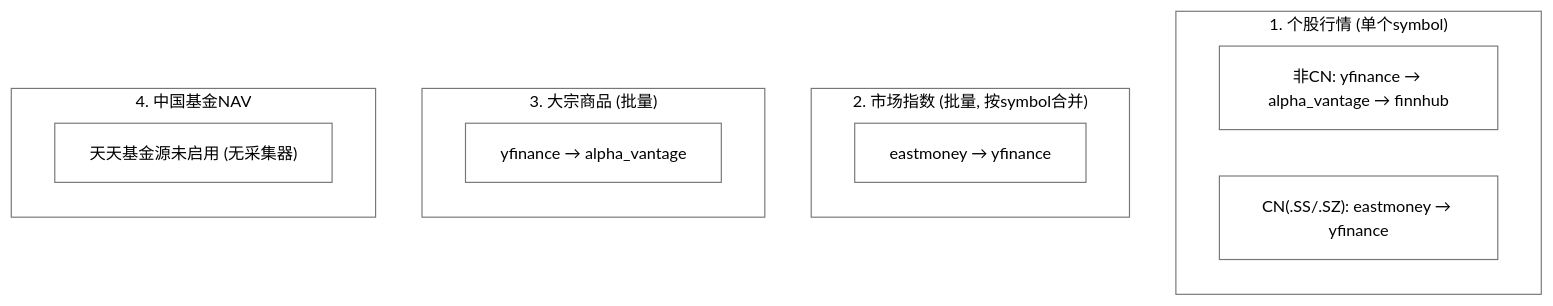
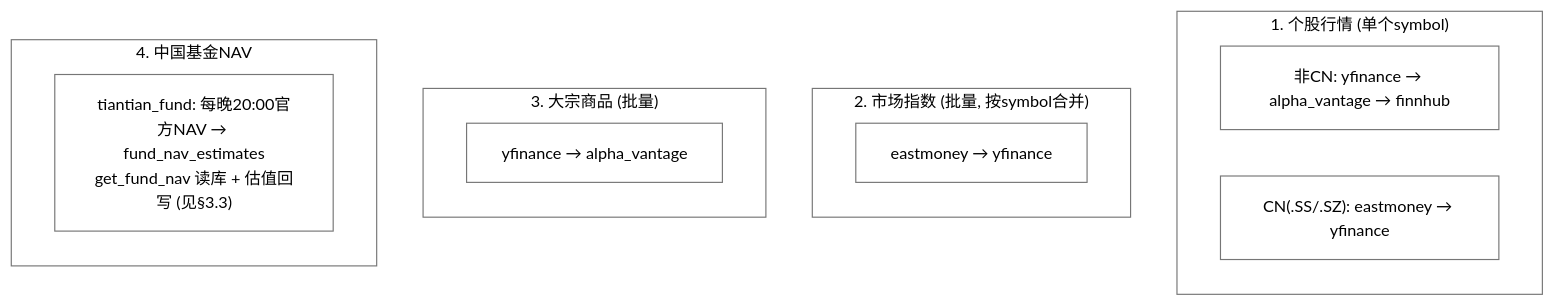
The sixth of 6 diagrams in docs/dev-guide/design/finance-tab.md (onceme/instantboard), drawn with Mermaid before and after one commit. The commit also changed other lines of this file and 19 other files, not shown here.

Commit message:
feat: fund nav pipeline with daily official nav refresh

````diff
--- a/docs/dev-guide/design/finance-tab.md
+++ b/docs/dev-guide/design/finance-tab.md
@@ -343,20 +346,20 @@
 ```mermaid
 %%{init: {"theme": "base", "themeVariables": {"primaryColor": "#ffffff", "primaryTextColor": "#000000", "primaryBorderColor": "#767676", "lineColor": "#767676", "arrowheadColor": "#767676", "secondaryColor": "#ffffff", "secondaryTextColor": "#000000", "secondaryBorderColor": "#767676", "tertiaryColor": "#ffffff", "tertiaryTextColor": "#000000", "tertiaryBorderColor": "#767676", "edgeLabelBackground": "#ffffff", "textColor": "#000000", "nodeTextColor": "#000000", "mainBkg": "#ffffff", "nodeBorder": "#767676", "clusterBkg": "#ffffff", "clusterBdr": "#767676", "clusterTextColor": "#000000", "titleColor": "#000000", "fontSize": "14px"}, "flowchart": {"nodeSpacing": 40, "rankSpacing": 50, "wrappingWidth": 180, "useMaxWidth": true}}}%%
 graph TD
     subgraph Quote["1. 个股行情 (单个symbol)"]
         q1["非CN: yfinance → alpha_vantage → finnhub"]
         q2["CN(.SS/.SZ): eastmoney → yfinance"]
     end
 
     subgraph Idx["2. 市场指数 (批量, 按symbol合并)"]
         i1["eastmoney → yfinance"]
     end
 
     subgraph Cmd["3. 大宗商品 (批量)"]
         c1["yfinance → alpha_vantage"]
     end
 
     subgraph CNAV["4. 中国基金NAV"]
-        n1["天天基金源未启用 (无采集器)"]
+        n1["tiantian_fund: 每晚20:00官方NAV → fund_nav_estimates<br/>get_fund_nav 读库 + 估值回写 (见§3.3)"]
     end
 ```
````
